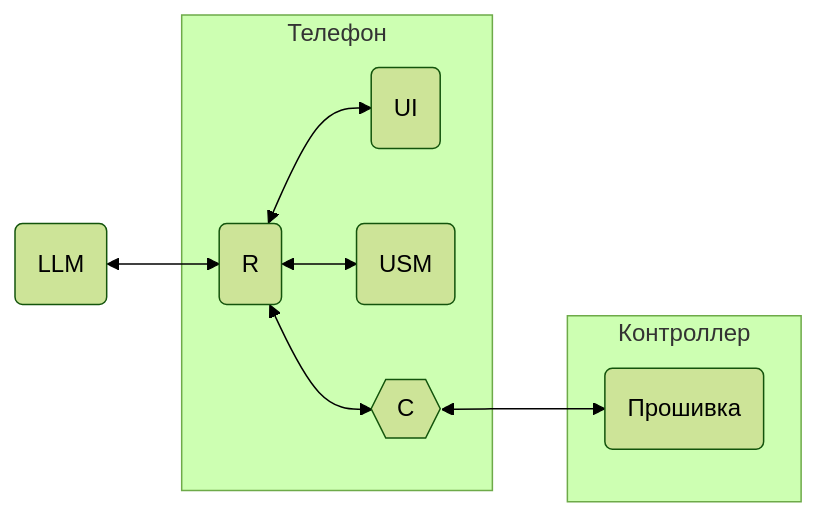
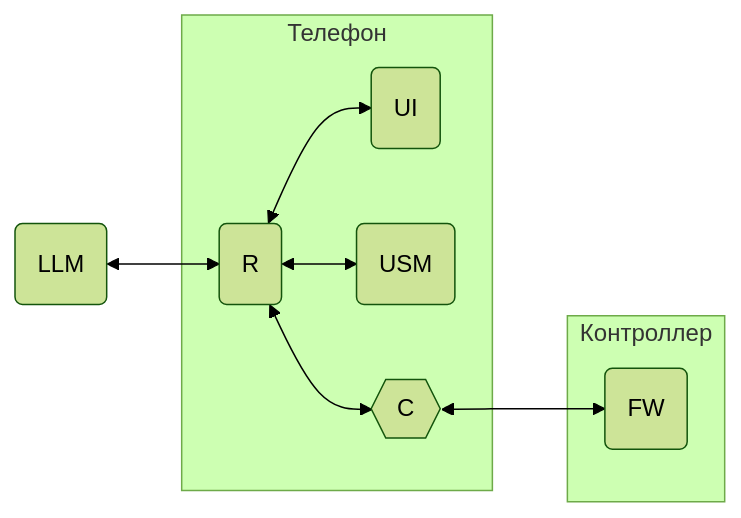
One commit to KhudyakovAlex/Synapse changed the diagram in PDS/SynapsePDS_USML.md. Above: the diagram before and after it, drawn with Mermaid (forest theme). The commit also changed other lines of this file and 2 other files, not shown here.

Commit message:
Update documentation: converted MD to HTML, updated site

````diff
--- a/PDS/SynapsePDS_USML.md
+++ b/PDS/SynapsePDS_USML.md
@@ -21,21 +21,21 @@
 ```mermaid
 flowchart LR
     LLM(LLM)
 
     subgraph Телефон
         UI(UI)
         USM(USM)
         R(R)
         C{{C}}
     end
   
     subgraph Контроллер
-        FW(Прошивка)
+        FW(FW)
     end
 
     LLM<-->R
     R<-->UI
     R<-->USM
     R<-->C
     C<-->FW
 ```
````
